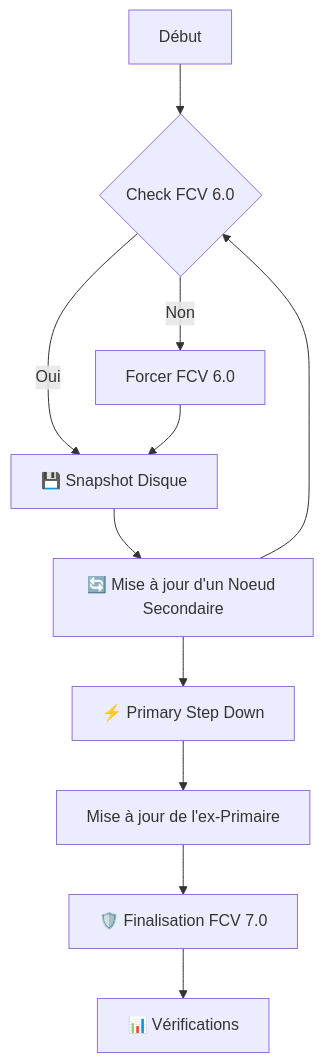
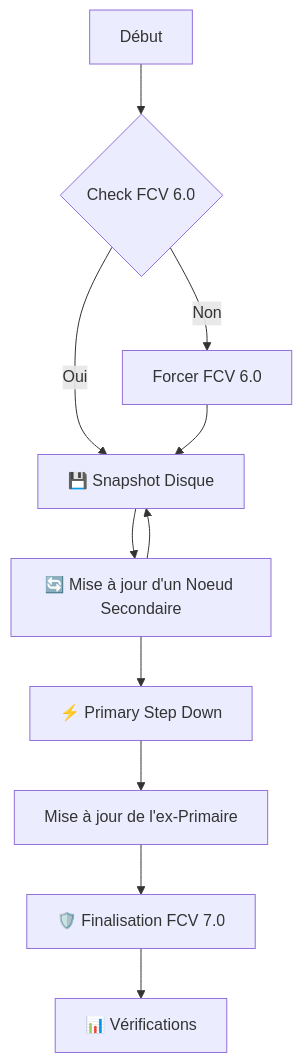
Before and after one commit to jmrenouard/dbscripts: the diagram in documentation/MongoDB/mongodb_update_fr.md, drawn with Mermaid.

Commit message:
Fix flow direction in MongoDB update diagram

````diff
--- a/documentation/MongoDB/mongodb_update_fr.md
+++ b/documentation/MongoDB/mongodb_update_fr.md
@@ -9,12 +9,12 @@
 ```mermaid
 graph TD  
     A[Début] --> B{Check FCV 6.0}  
     B -- Non --> C[Forcer FCV 6.0]  
     B -- Oui --> D[💾 Snapshot Disque]  
     C --> D  
-    D --> E[🔄 Mise à jour d'un Noeud Secondaire]  --> B
+    D --> E[🔄 Mise à jour d'un Noeud Secondaire]  --> D
     E --> F[⚡ Primary Step Down]  
     F --> G[Mise à jour de l'ex-Primaire]  
     G --> H[🛡️ Finalisation FCV 7.0]  
     H --> I[📊 Vérifications]
 ```
````
